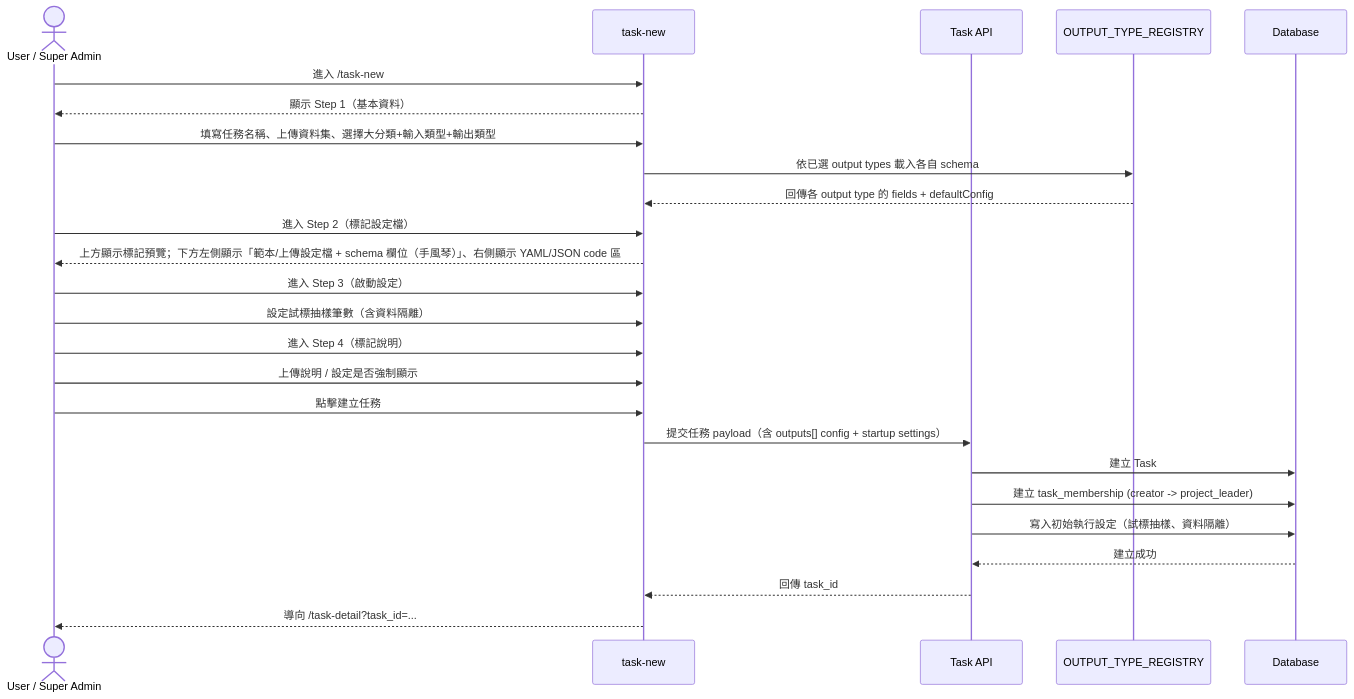
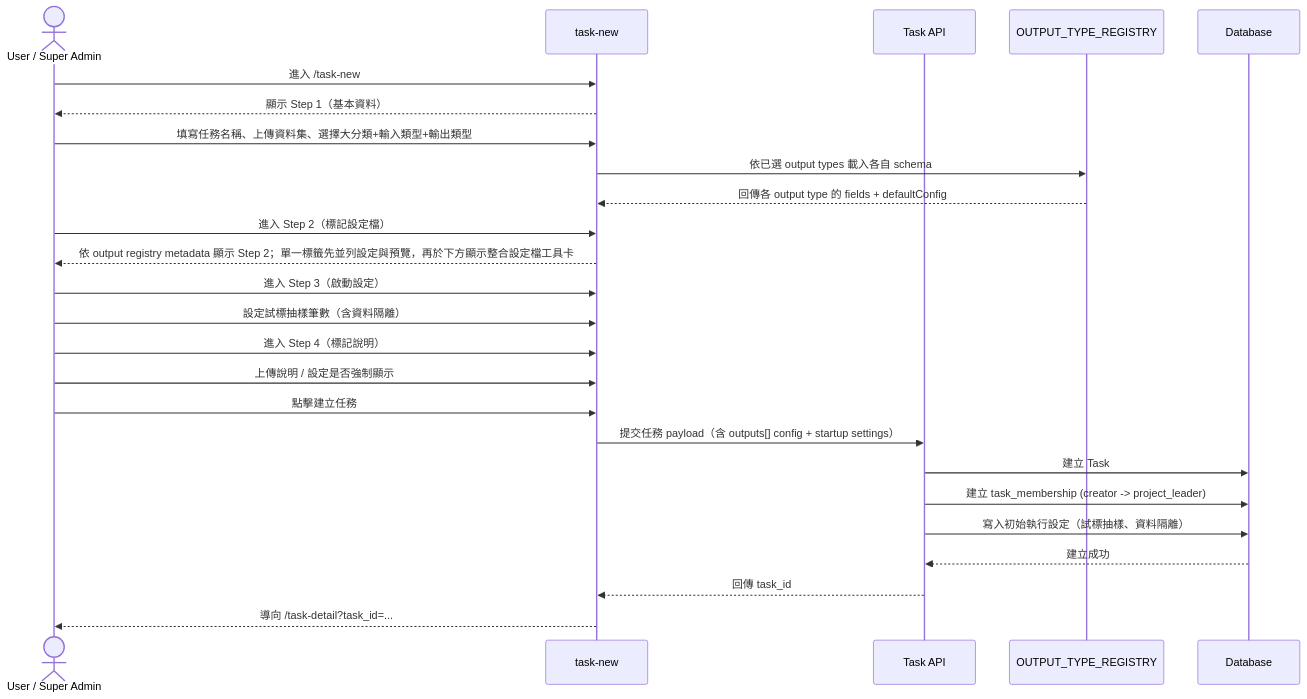
The first of 2 diagrams in specs/task-management/013-task-new/spec.md (singyichen/label-suite), drawn with Mermaid before and after one commit. The commit also changed other lines of this file and 3 other files, not shown here.

````diff
--- a/specs/task-management/013-task-new/spec.md
+++ b/specs/task-management/013-task-new/spec.md
@@ -86,33 +87,33 @@
 ```mermaid
 sequenceDiagram
     actor U as User / Super Admin
     participant UI as task-new
     participant API as Task API
     participant Registry as OUTPUT_TYPE_REGISTRY
     participant DB as Database
 
     U->>UI: 進入 /task-new
     UI-->>U: 顯示 Step 1（基本資料）
 
     U->>UI: 填寫任務名稱、上傳資料集、選擇大分類+輸入類型+輸出類型
     UI->>Registry: 依已選 output types 載入各自 schema
     Registry-->>UI: 回傳各 output type 的 fields + defaultConfig
 
     U->>UI: 進入 Step 2（標記設定檔）
-    UI-->>U: 上方顯示標記預覽；下方左側顯示「範本/上傳設定檔 + schema 欄位（手風琴）」、右側顯示 YAML/JSON code 區
+    UI-->>U: 依 output registry metadata 顯示 Step 2；單一標籤先並列設定與預覽，再於下方顯示整合設定檔工具卡
 
     U->>UI: 進入 Step 3（啟動設定）
     U->>UI: 設定試標抽樣筆數（含資料隔離）
 
     U->>UI: 進入 Step 4（標記說明）
     U->>UI: 上傳說明 / 設定是否強制顯示
 
     U->>UI: 點擊建立任務
     UI->>API: 提交任務 payload（含 outputs[] config + startup settings）
     API->>DB: 建立 Task
     API->>DB: 建立 task_membership (creator -> project_leader)
     API->>DB: 寫入初始執行設定（試標抽樣、資料隔離）
     DB-->>API: 建立成功
     API-->>UI: 回傳 task_id
     UI-->>U: 導向 /task-detail?task_id=...
 ```
````
